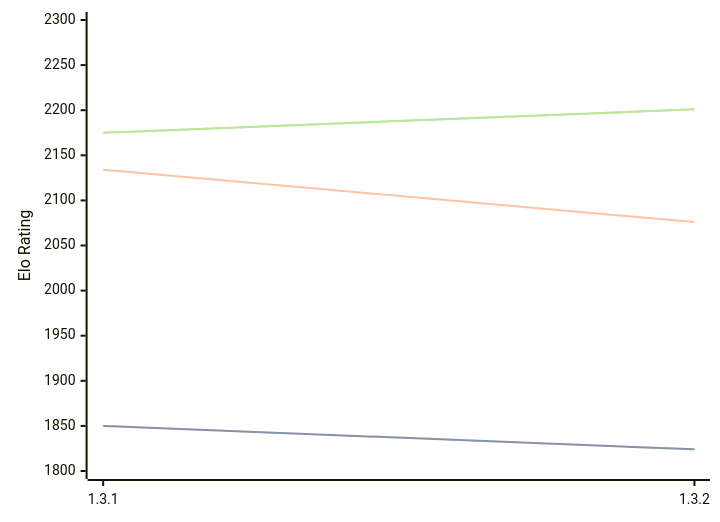
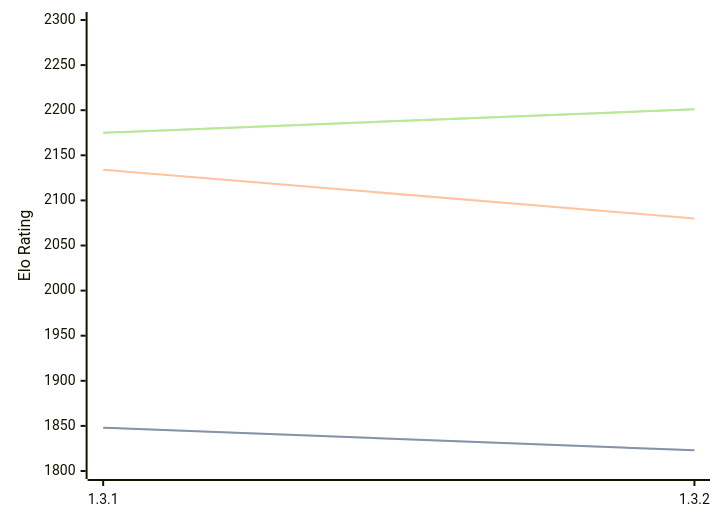
One commit to computer-chess-index/cci changed the diagram in engines/Zugblitz.md. Above: the diagram before and after it, drawn with Mermaid. The commit also changed other lines of this file, not shown here.

````diff
--- a/engines/Zugblitz.md
+++ b/engines/Zugblitz.md
@@ -32,11 +32,11 @@
 ```mermaid
 %%{init: {"theme":"base","themeVariables":{"seriesColors:['#a3a3a3','#222221','#faa371']}}}%%
 xychart-beta
   x-axis ["1.3.1", "1.3.2"]
   y-axis "Elo Rating" 1800 --> 2300
-  line "STC (8.0+0.08s)" [1850, 1824]
-  line "STC (8.0+0.08s)" [1850, 1824]
-  line "LTC (60.0+0.60s)" [2134, 2076]
+  line "STC (8.0+0.08s)" [1848, 1823]
+  line "STC (8.0+0.08s)" [1848, 1823]
+  line "LTC (60.0+0.60s)" [2134, 2080]
   line "VLTC (2m24s+1.12s)" [2175, 2201]
   line "VLTC (2m24s+1.12s)" [2175, 2201]
 ```
````
